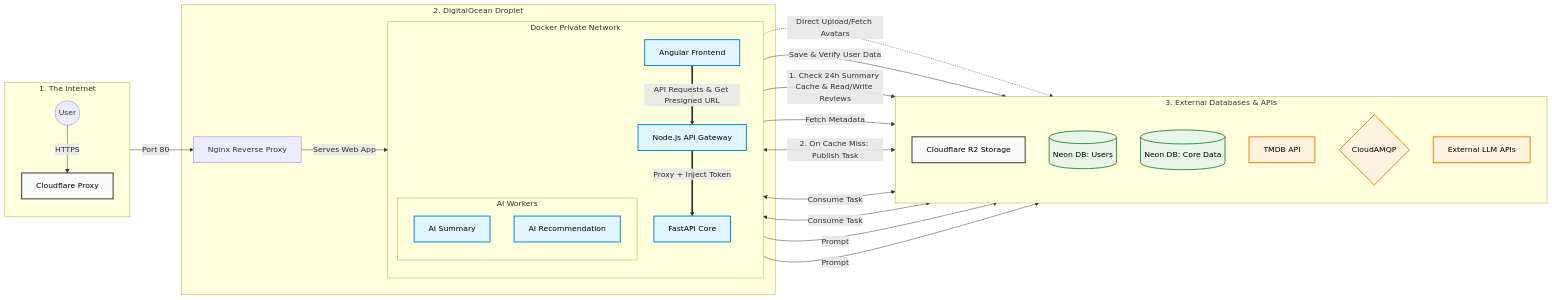
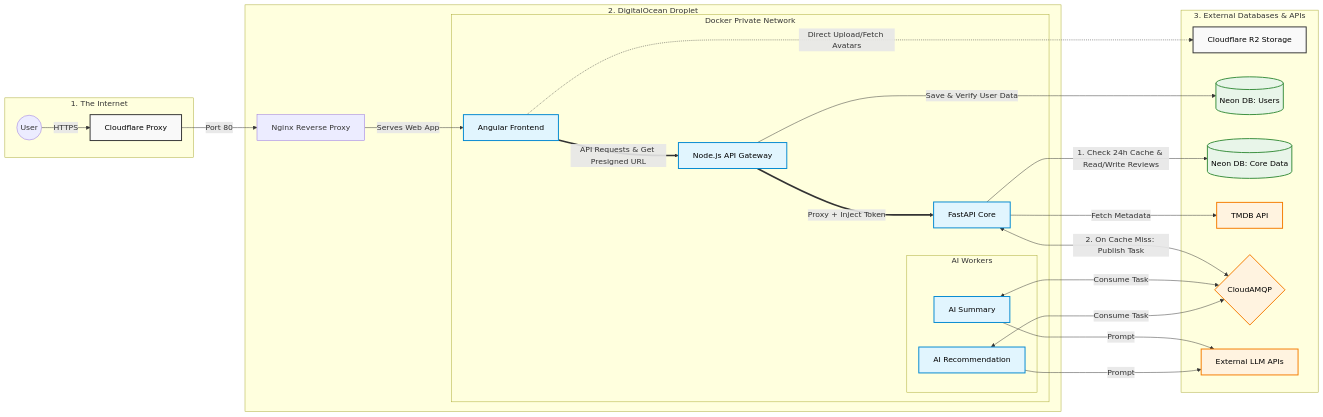
Before and after one commit to LiorZaguri/CineMatch: the diagram in README.md, drawn with Mermaid.

````diff
--- a/README.md
+++ b/README.md
@@ -61,73 +61,70 @@
 ```mermaid
 flowchart LR
     %% Define styles
     classDef external fill:#f9f9f9,stroke:#333,stroke-width:2px,color:#000
     classDef docker fill:#e1f5fe,stroke:#0288d1,stroke-width:2px,color:#000
     classDef db fill:#e8f5e9,stroke:#388e3c,stroke-width:2px,color:#000
     classDef thirdparty fill:#fff3e0,stroke:#f57c00,stroke-width:2px,color:#000
 
     %% --- COLUMN 1: The Origin ---
     subgraph Internet [1. The Internet]
-        direction TB
         User((User)) -->|HTTPS| CF[Cloudflare Proxy]
     end
 
     %% --- COLUMN 2: Your Infrastructure ---
     subgraph Server [2. DigitalOcean Droplet]
         Nginx[Nginx Reverse Proxy]
         
         subgraph Docker [Docker Private Network]
-            direction TB
             UI[Angular Frontend]
             Node[Node.js API Gateway]
             Core[FastAPI Core]
             
             subgraph AI_Workers [AI Workers]
                 AISum[AI Summary]
                 AIRec[AI Recommendation]
             end
         end
     end
 
     %% --- COLUMN 3: Data & Outsource ---
     subgraph External [3. External Databases & APIs]
-        direction TB
         R2[Cloudflare R2 Storage]
         NeonUsers[(Neon DB: Users)]
         NeonCore[(Neon DB: Core Data)]
         TMDB[TMDB API]
         RabbitMQ{CloudAMQP}
         LLM[External LLM APIs]
     end
 
     %% --- ROUTING ---
     
     CF -->|Port 80| Nginx
 
     %% Primary Application Flow
     Nginx -->|Serves Web App| UI
     UI ==>|API Requests & Get Presigned URL| Node
     Node ==>|Proxy + Inject Token| Core
 
     %% Level 1: Frontend & Node Data Flow
     UI -.->|Direct Upload/Fetch Avatars| R2
     Node -->|Save & Verify User Data| NeonUsers
 
     %% Level 2: FastAPI Core Logic
-    Core -->|1. Check 24h Summary Cache & Read/Write Reviews| NeonCore
+    Core -->|1. Check 24h Cache & Read/Write Reviews| NeonCore
     Core -->|Fetch Metadata| TMDB
     Core <-->|2. On Cache Miss: Publish Task| RabbitMQ
 
     %% Level 3: AI Workers Processing
     AISum <-->|Consume Task| RabbitMQ
     AIRec <-->|Consume Task| RabbitMQ
     
     AISum -->|Prompt| LLM
     AIRec -->|Prompt| LLM
 
     %% Assigning colors
     class CF,R2 external;
     class UI,Node,Core,AISum,AIRec docker;
     class NeonUsers,NeonCore db;
     class TMDB,LLM,RabbitMQ thirdparty;
 ```
````
